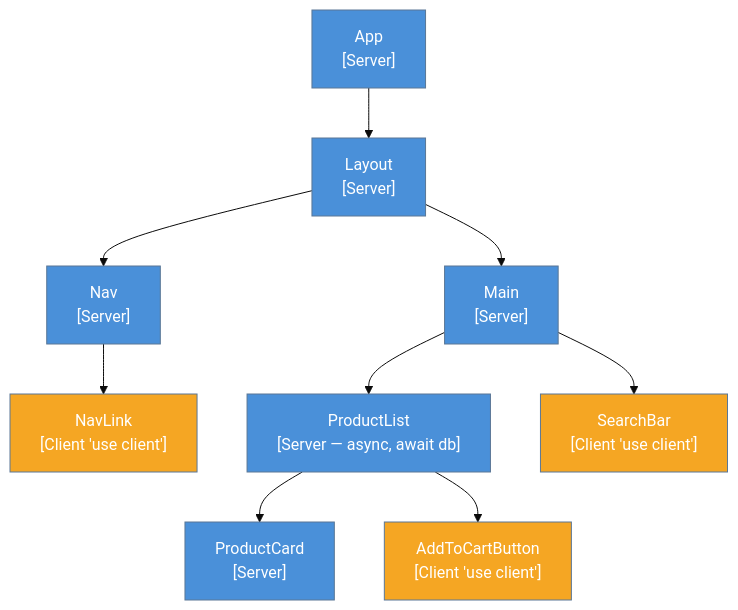
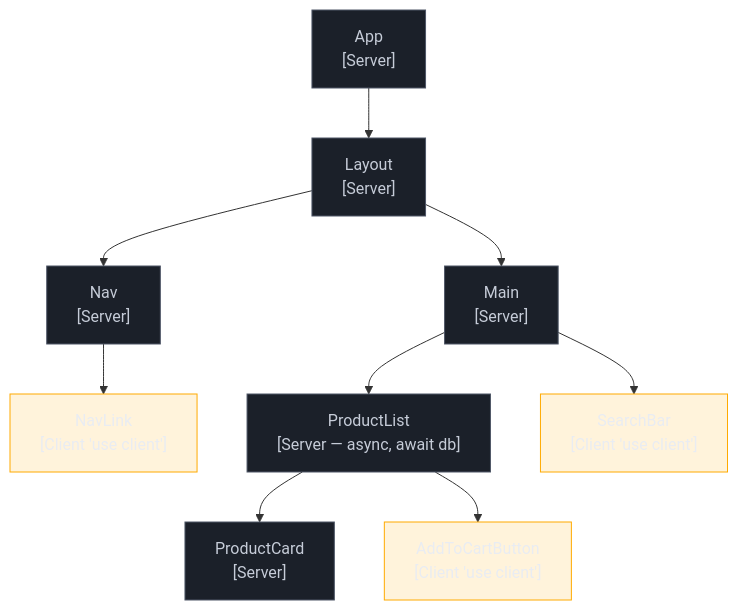
Before and after one commit to josenaldo/codex-technomanticus: the third of 3 diagrams in 03-Dominios/Tecnologia/React/React core/23 - Server Components (RSC).md, drawn with Mermaid. The commit also changed other lines of this file and 1181 other files, not shown here.

First line of the commit message:
fix(diagramas): paleta do sistema no lugar de cor cravada no markdown

````diff
--- a/03-Dominios/Tecnologia/React/React core/23 - Server Components (RSC).md
+++ b/03-Dominios/Tecnologia/React/React core/23 - Server Components (RSC).md
@@ -401,22 +401,23 @@
 ```mermaid
-%%{init: {"theme": "base", "themeVariables": {"primaryColor": "#4A90D9", "secondaryColor": "#F5A623"}}}%%
 graph TD
+    classDef neutro fill:#1B2029,stroke:#4E5666,color:#C6CCD8
+    classDef destaque fill:#FFAA0024,stroke:#FFAA00,color:#E9ECF2
     APP["App\n[Server]"] --> LAYOUT["Layout\n[Server]"]
     LAYOUT --> NAV["Nav\n[Server]"]
     LAYOUT --> MAIN["Main\n[Server]"]
     NAV --> NAVLINK["NavLink\n[Client 'use client']"]
     MAIN --> PRODUCTLIST["ProductList\n[Server — async, await db]"]
     PRODUCTLIST --> PRODUCTCARD["ProductCard\n[Server]"]
     PRODUCTLIST --> ADDTOCART["AddToCartButton\n[Client 'use client']"]
     MAIN --> SEARCHBAR["SearchBar\n[Client 'use client']"]
 
-    style APP fill:#4A90D9,color:#fff
-    style LAYOUT fill:#4A90D9,color:#fff
-    style NAV fill:#4A90D9,color:#fff
-    style MAIN fill:#4A90D9,color:#fff
-    style PRODUCTLIST fill:#4A90D9,color:#fff
-    style PRODUCTCARD fill:#4A90D9,color:#fff
-    style NAVLINK fill:#F5A623,color:#fff
-    style ADDTOCART fill:#F5A623,color:#fff
-    style SEARCHBAR fill:#F5A623,color:#fff
+    class APP neutro
+    class LAYOUT neutro
+    class NAV neutro
+    class MAIN neutro
+    class PRODUCTLIST neutro
+    class PRODUCTCARD neutro
+    class NAVLINK destaque
+    class ADDTOCART destaque
+    class SEARCHBAR destaque
 ```
````
